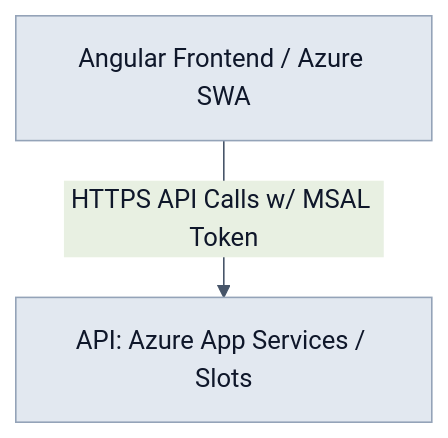
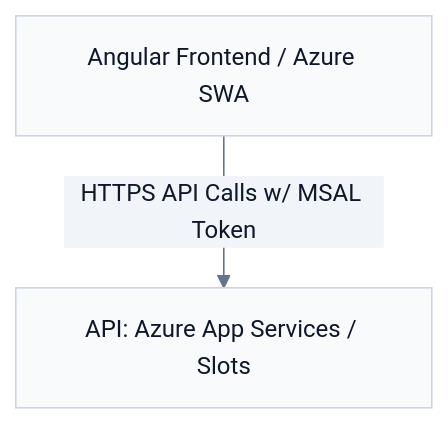
One commit to acforbes/freight-logistics-architecture changed the third of 5 diagrams in presentation.md. Above: the diagram before and after it, drawn with Mermaid. The commit also changed other lines of this file, not shown here.

````diff
--- a/presentation.md
+++ b/presentation.md
@@ -156,15 +226,17 @@
 ```mermaid
 graph TD
 %%{init: {
   'theme': 'base',
   'themeVariables': {
-    'primaryColor': '#E2E8F0',
-    'primaryTextColor': '#0F172A',
-    'primaryBorderColor': '#94A3B8',
-    'lineColor': '#475569',
-    'fontFamily': 'arial, helvetica, sans-serif',
-    'fontSize': '16px'
+    'fontFamily': 'Arial, sans-serif',
+    'fontSize': '15px',
+    'primaryColor': '#f8fafc',
+    'primaryTextColor': '#0f172a',
+    'primaryBorderColor': '#cbd5e1',
+    'lineColor': '#64748b',
+    'secondaryColor': '#f1f5f9',
+    'tertiaryColor': '#ffffff'
   }
 }}%%
     Client[Angular Frontend / Azure SWA] -->|HTTPS API Calls w/ MSAL Token| AppService[API: Azure App Services / Slots]
 ```
````
